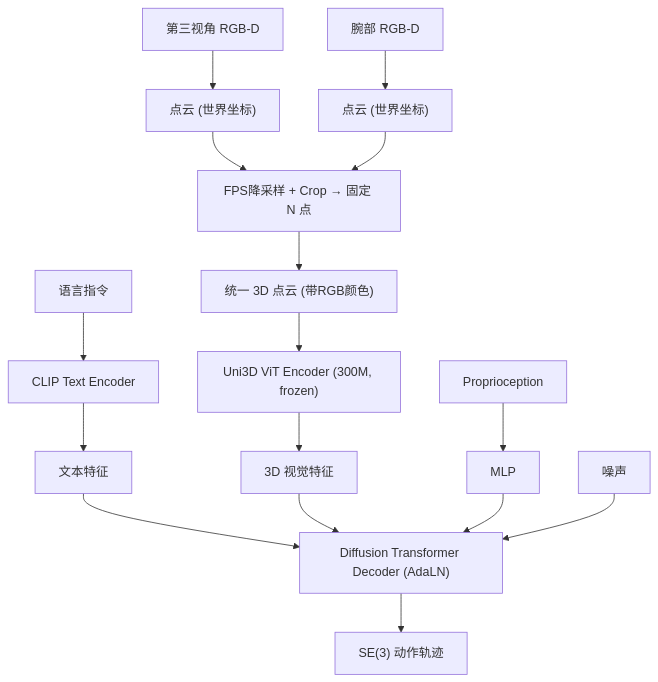
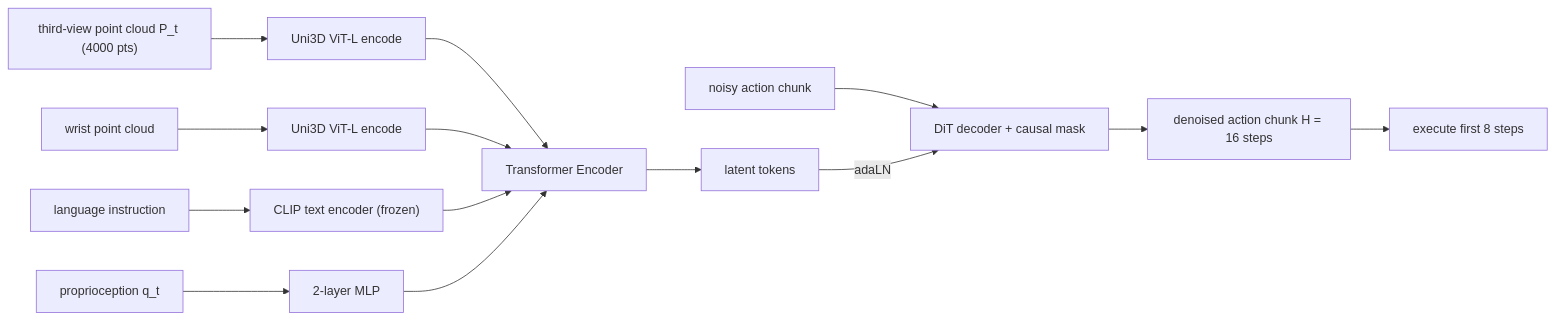
The diagram in notes/architecture/fp3.md (luohu-arch/physical_intelligence_study), drawn with Mermaid before and after one commit. The commit also changed other lines of this file and 35 other files, not shown here.

````diff
--- a/notes/architecture/fp3.md
+++ b/notes/architecture/fp3.md
@@ -25,18 +72,16 @@
 ```mermaid
-graph TD
-    CAM1["第三视角 RGB-D"] --> PC1["点云 (世界坐标)"]
-    CAM2["腕部 RGB-D"] --> PC2["点云 (世界坐标)"]
-    PC1 --> MERGE["FPS降采样 + Crop → 固定 N 点"]
-    PC2 --> MERGE
-    MERGE --> PC["统一 3D 点云 (带RGB颜色)"]
-    PC --> ENC["Uni3D ViT Encoder (300M, frozen)"]
-    LANG["语言指令"] --> CLIP["CLIP Text Encoder"]
-    CLIP --> TEXT_EMB["文本特征"]
-    PROP["Proprioception"] --> MLP_PROP["MLP"]
-    ENC --> VIS_FEAT["3D 视觉特征"]
-    TEXT_EMB --> DIT["Diffusion Transformer Decoder (AdaLN)"]
-    VIS_FEAT --> DIT
-    MLP_PROP --> DIT
-    NOISE["噪声"] --> DIT
-    DIT --> ACTION["SE(3) 动作轨迹"]
+flowchart LR
+    A["third-view point cloud P_t (4000 pts)"] --> C["Uni3D ViT-L encode"]
+    B["wrist point cloud"] --> D["Uni3D ViT-L encode"]
+    E["language instruction"] --> F["CLIP text encoder (frozen)"]
+    G["proprioception q_t"] --> H["2-layer MLP"]
+    C --> I["Transformer Encoder"]
+    D --> I
+    F --> I
+    H --> I
+    I --> J["latent tokens"]
+    K["noisy action chunk"] --> L["DiT decoder + causal mask"]
+    J -->|"adaLN"| L
+    L --> M["denoised action chunk H = 16 steps"]
+    M --> N["execute first 8 steps"]
 ```
````
